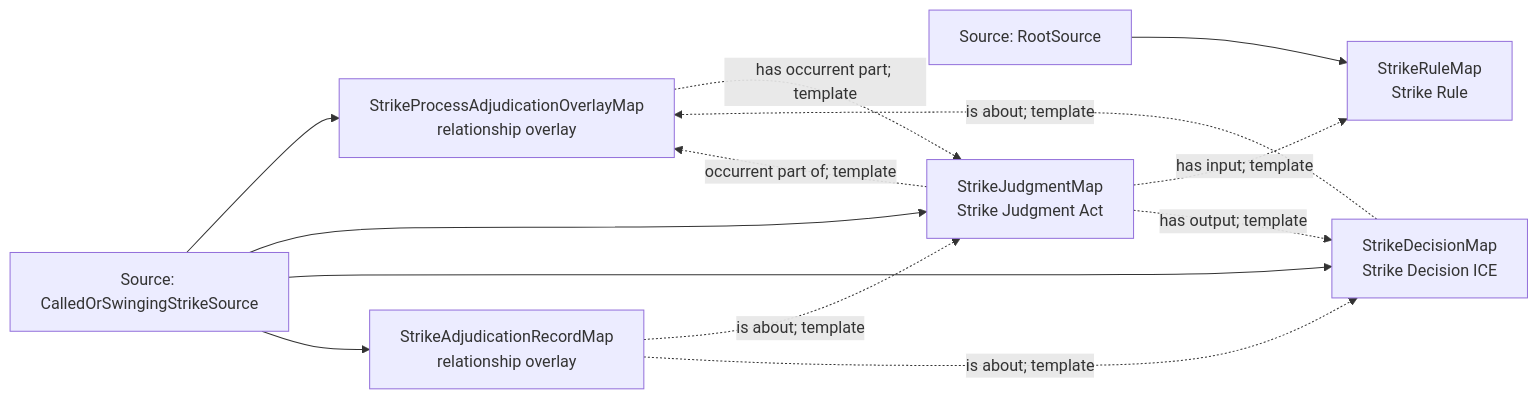
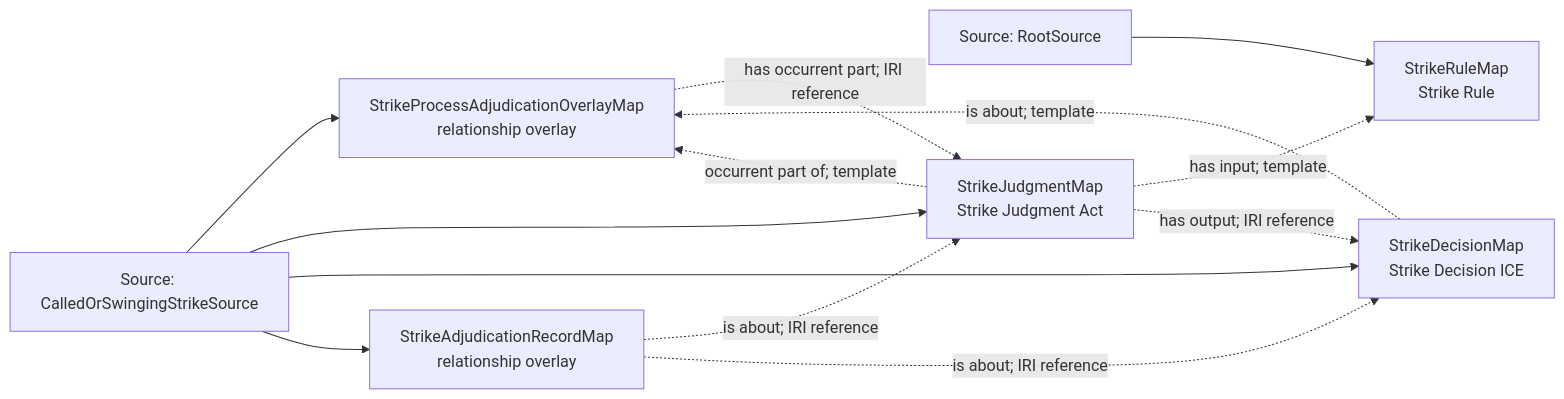
The diagram in Baseball/mermaid/patterns/mlb-game/13-strike-adjudication.md (CarterBeauBenson/BaseballO), drawn with Mermaid before and after one commit. The commit also changed other lines of this file and 152 other files, not shown here.

````diff
--- a/Baseball/mermaid/patterns/mlb-game/13-strike-adjudication.md
+++ b/Baseball/mermaid/patterns/mlb-game/13-strike-adjudication.md
@@ -10,22 +10,22 @@
 ```mermaid
 flowchart LR
     S01["Source: CalledOrSwingingStrikeSource"]
     S02["Source: RootSource"]
     M01["StrikeProcessAdjudicationOverlayMap<br/>relationship overlay"]
     M02["StrikeJudgmentMap<br/>Strike Judgment Act"]
     M03["StrikeDecisionMap<br/>Strike Decision ICE"]
     M04["StrikeAdjudicationRecordMap<br/>relationship overlay"]
     M05["StrikeRuleMap<br/>Strike Rule"]
     S01 --> M01
     S01 --> M02
     S01 --> M03
     S01 --> M04
     S02 --> M05
-    M01 -.->|has occurrent part; template| M02
+    M01 -.->|has occurrent part; IRI reference| M02
     M02 -.->|has input; template| M05
-    M02 -.->|has output; template| M03
+    M02 -.->|has output; IRI reference| M03
     M02 -.->|occurrent part of; template| M01
     M03 -.->|is about; template| M01
-    M04 -.->|is about; template| M02
-    M04 -.->|is about; template| M03
+    M04 -.->|is about; IRI reference| M02
+    M04 -.->|is about; IRI reference| M03
 ```
````
